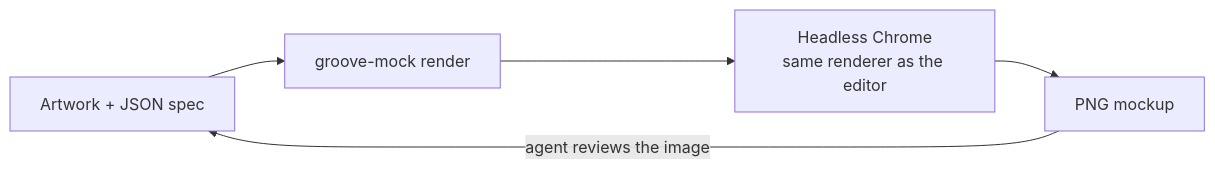
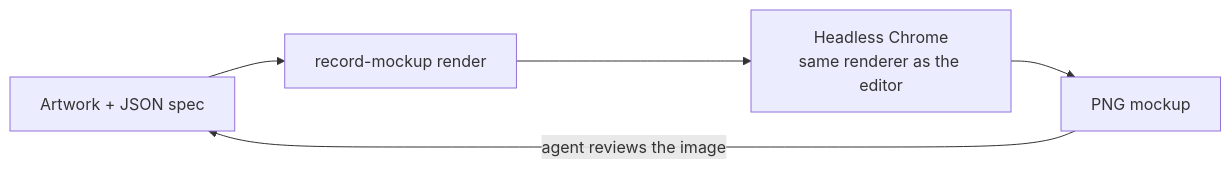
One commit to oceanjustinlin/groove-mock changed the diagram in README.md. Above: the diagram before and after it, drawn with Mermaid. The commit also changed other lines of this file and 14 other files, not shown here.

First line of the commit message:
chore: rename Groove Mock to Record Mockup

````diff
--- a/README.md
+++ b/README.md
@@ -38,7 +38,7 @@
 ```mermaid
 flowchart LR
-  A[Artwork + JSON spec] --> B[groove-mock render]
+  A[Artwork + JSON spec] --> B[record-mockup render]
   B --> C[Headless Chrome<br>same renderer as the editor]
   C --> D[PNG mockup]
   D -->|agent reviews the image| A
 ```
````
